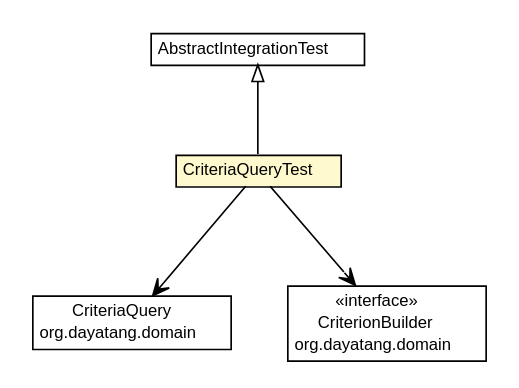
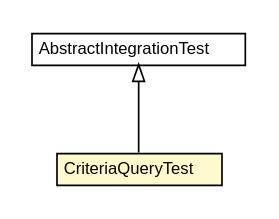
One commit to dayatang/dddlib changed the diagram in dddlib-persistence/dddlib-persistence-hibernate/testapidocs/org/dayatang/persistence/hibernate/CriteriaQueryTest.dot. Above: the diagram before and after it, drawn with Graphviz. The commit also changed 114 other files, not shown here.

```diff
--- a/dddlib-persistence/dddlib-persistence-hibernate/testapidocs/org/dayatang/persistence/hibernate/CriteriaQueryTest.dot
+++ b/dddlib-persistence/dddlib-persistence-hibernate/testapidocs/org/dayatang/persistence/hibernate/CriteriaQueryTest.dot
@@ -1,45 +1,26 @@
 #!/usr/local/bin/dot
 #
 # Class diagram 
 # Generated by UMLGraph version R5_6_6-8-g8d7759 (http://www.umlgraph.org/)
 #
 
 digraph G {
 	edge [fontname="Helvetica",fontsize=10,labelfontname="Helvetica",labelfontsize=10];
 	node [fontname="Helvetica",fontsize=10,shape=plaintext];
 	nodesep=0.25;
 	ranksep=0.5;
 	// org.dayatang.persistence.hibernate.CriteriaQueryTest
-	c43 [label=<<table title="org.dayatang.persistence.hibernate.CriteriaQueryTest" border="0" cellborder="1" cellspacing="0" cellpadding="2" port="p" bgcolor="lemonChiffon" href="./CriteriaQueryTest.html">
+	c27 [label=<<table title="org.dayatang.persistence.hibernate.CriteriaQueryTest" border="0" cellborder="1" cellspacing="0" cellpadding="2" port="p" bgcolor="lemonChiffon" href="./CriteriaQueryTest.html">
 		<tr><td><table border="0" cellspacing="0" cellpadding="1">
 <tr><td align="center" balign="center"> CriteriaQueryTest </td></tr>
 		</table></td></tr>
 		</table>>, URL="./CriteriaQueryTest.html", fontname="Helvetica", fontcolor="black", fontsize=10.0];
 	// org.dayatang.persistence.hibernate.AbstractIntegrationTest
-	c45 [label=<<table title="org.dayatang.persistence.hibernate.AbstractIntegrationTest" border="0" cellborder="1" cellspacing="0" cellpadding="2" port="p" href="./AbstractIntegrationTest.html">
+	c29 [label=<<table title="org.dayatang.persistence.hibernate.AbstractIntegrationTest" border="0" cellborder="1" cellspacing="0" cellpadding="2" port="p" href="./AbstractIntegrationTest.html">
 		<tr><td><table border="0" cellspacing="0" cellpadding="1">
 <tr><td align="center" balign="center"> AbstractIntegrationTest </td></tr>
 		</table></td></tr>
 		</table>>, URL="./AbstractIntegrationTest.html", fontname="Helvetica", fontcolor="black", fontsize=10.0];
 	//org.dayatang.persistence.hibernate.CriteriaQueryTest extends org.dayatang.persistence.hibernate.AbstractIntegrationTest
-	c45:p -> c43:p [dir=back,arrowtail=empty];
-	// org.dayatang.persistence.hibernate.CriteriaQueryTest NAVASSOC org.dayatang.domain.CriteriaQuery
-	c43:p -> c46:p [taillabel="", label=" "headlabel="", fontname="Helvetica", fontcolor="black", fontsize=10.0, color="black", arrowhead=open];
-	// org.dayatang.persistence.hibernate.CriteriaQueryTest NAVASSOC org.dayatang.domain.CriterionBuilder
-	c43:p -> c47:p [taillabel="", label=" "headlabel="", fontname="Helvetica", fontcolor="black", fontsize=10.0, color="black", arrowhead=open];
-	// org.dayatang.domain.CriteriaQuery
-	c46 [label=<<table title="org.dayatang.domain.CriteriaQuery" border="0" cellborder="1" cellspacing="0" cellpadding="2" port="p" href="http://java.sun.com/j2se/1.4.2/docs/api/org/dayatang/domain/CriteriaQuery.html">
-		<tr><td><table border="0" cellspacing="0" cellpadding="1">
-<tr><td align="center" balign="center"> CriteriaQuery </td></tr>
-<tr><td align="center" balign="center"> org.dayatang.domain </td></tr>
-		</table></td></tr>
-		</table>>, URL="http://java.sun.com/j2se/1.4.2/docs/api/org/dayatang/domain/CriteriaQuery.html", fontname="Helvetica", fontcolor="black", fontsize=10.0];
-	// org.dayatang.domain.CriterionBuilder
-	c47 [label=<<table title="org.dayatang.domain.CriterionBuilder" border="0" cellborder="1" cellspacing="0" cellpadding="2" port="p" href="http://java.sun.com/j2se/1.4.2/docs/api/org/dayatang/domain/CriterionBuilder.html">
-		<tr><td><table border="0" cellspacing="0" cellpadding="1">
-<tr><td align="center" balign="center"> &#171;interface&#187; </td></tr>
-<tr><td align="center" balign="center"> CriterionBuilder </td></tr>
-<tr><td align="center" balign="center"> org.dayatang.domain </td></tr>
-		</table></td></tr>
-		</table>>, URL="http://java.sun.com/j2se/1.4.2/docs/api/org/dayatang/domain/CriterionBuilder.html", fontname="Helvetica", fontcolor="black", fontsize=10.0];
+	c29:p -> c27:p [dir=back,arrowtail=empty];
 }
```
